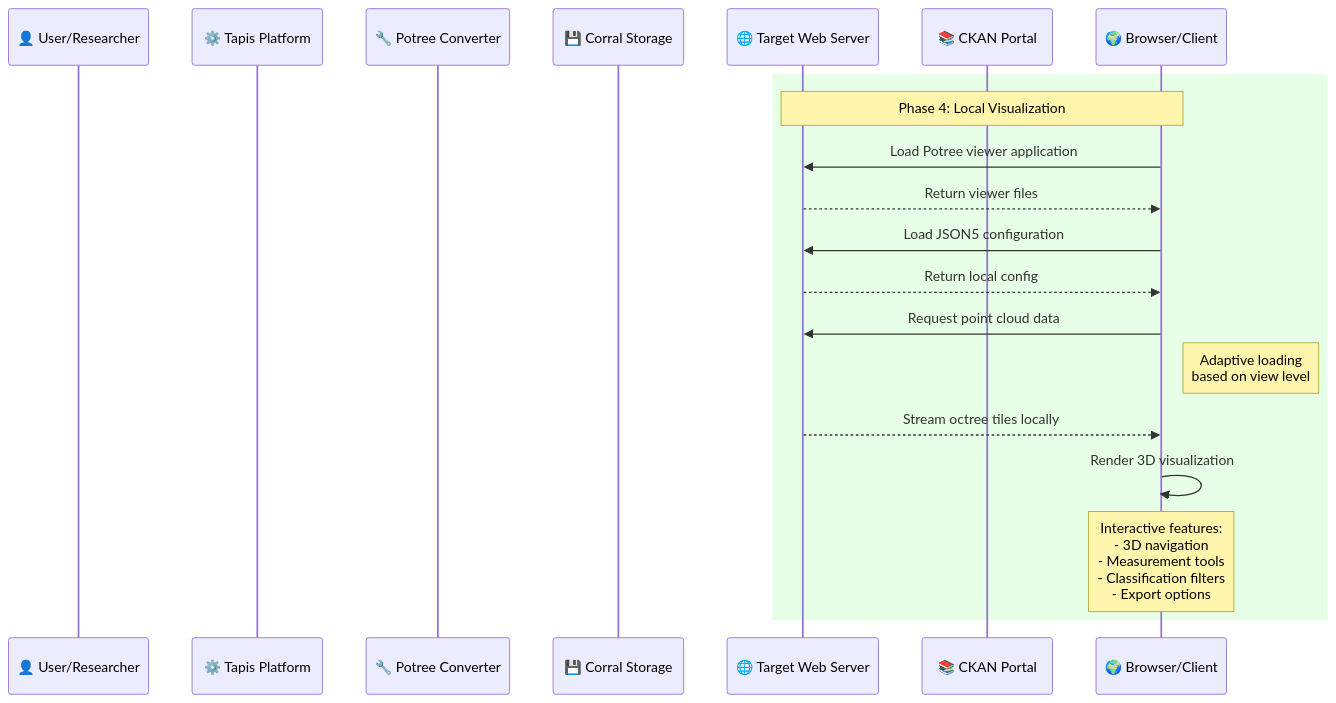
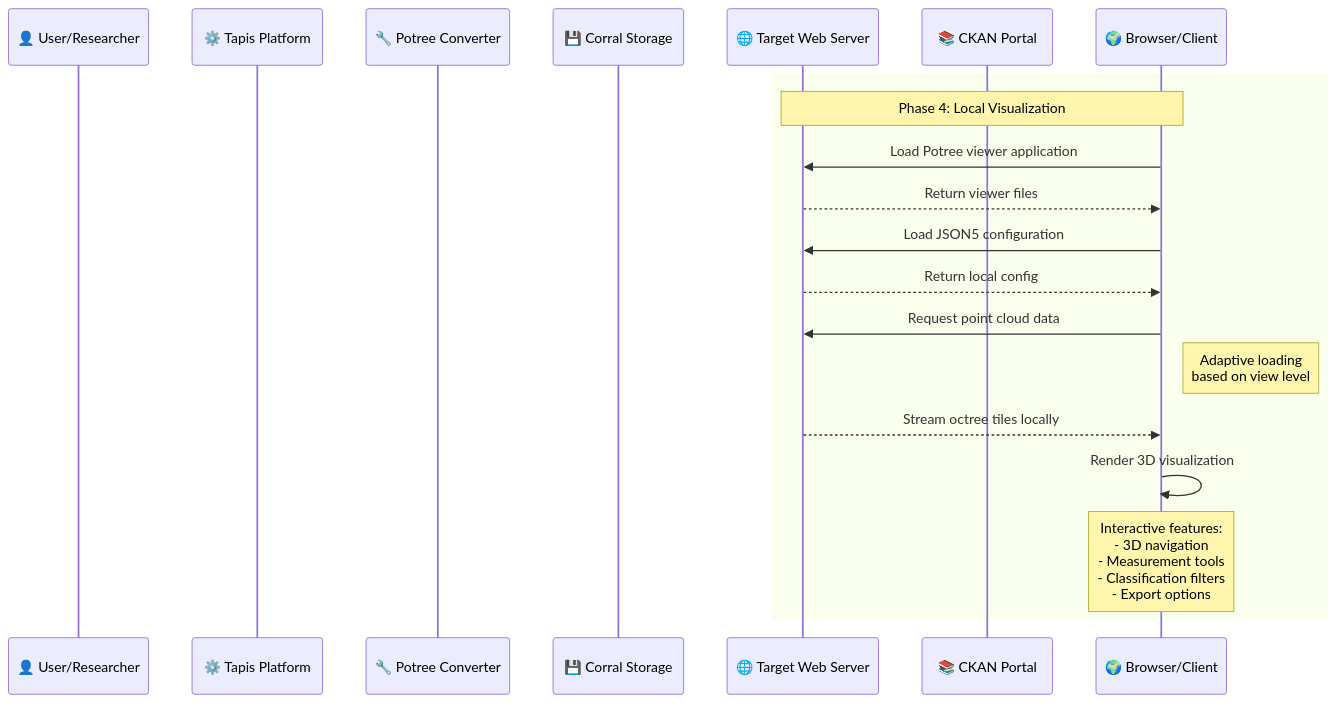
The fourth of 5 diagrams in README-pipeline.md (In-For-Disaster-Analytics/potree), drawn with Mermaid before and after one commit. The commit also changed other lines of this file, not shown here.

````diff
--- a/README-pipeline.md
+++ b/README-pipeline.md
@@ -260,28 +260,28 @@
 ```mermaid
 sequenceDiagram
     participant User as 👤 User/Researcher
     participant Tapis as ⚙️ Tapis Platform
     participant Potree as 🔧 Potree Converter
     participant Corral as 💾 Corral Storage
     participant Target as 🌐 Target Web Server
     participant CKAN as 📚 CKAN Portal
     participant Browser as 🌍 Browser/Client
 
     %% Visualization Phase
-    rect rgb(230, 255, 230)
+    rect
         Note over Browser,Target: Phase 4: Local Visualization
         Browser->>Target: Load Potree viewer application
         Target-->>Browser: Return viewer files
 
         Browser->>Target: Load JSON5 configuration
         Target-->>Browser: Return local config
 
         Browser->>Target: Request point cloud data
         Note right of Browser: Adaptive loading<br/>based on view level
 
         Target-->>Browser: Stream octree tiles locally
         Browser->>Browser: Render 3D visualization
 
         Note over Browser: Interactive features:<br/>- 3D navigation<br/>- Measurement tools<br/>- Classification filters<br/>- Export options
     end
 ```
````
